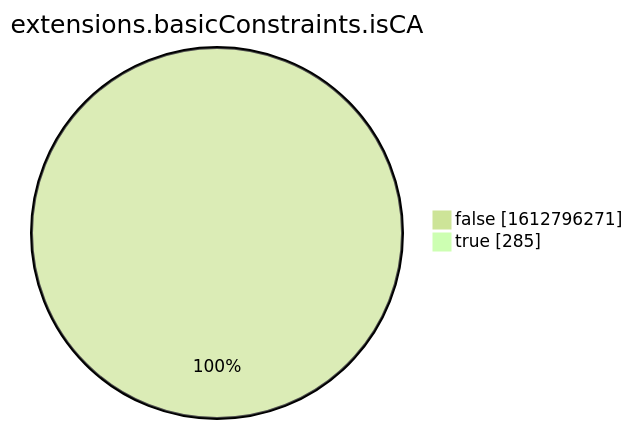
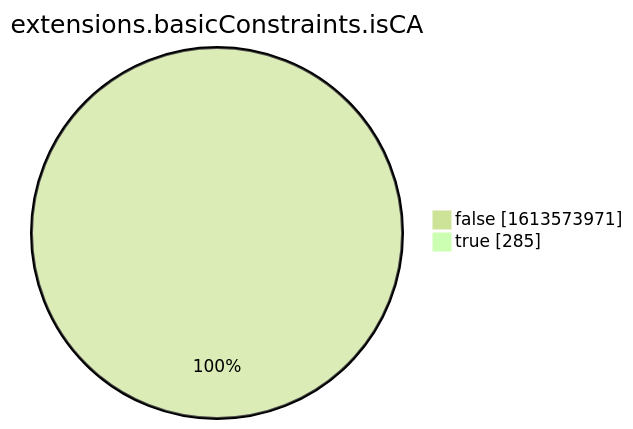
Before and after one commit to christiankrug/ctmonitor_visualization: the eighth of 15 diagrams in xenon2022/README.md, drawn with Mermaid (forest theme). The commit also changed other lines of this file, not shown here.

````diff
--- a/xenon2022/README.md
+++ b/xenon2022/README.md
@@ -2863,6 +2863,6 @@
 ```mermaid
 pie showData
 title extensions.basicConstraints.isCA
-"false" :1612796271
+"false" :1613573971
 "true" :285
 ```
````
